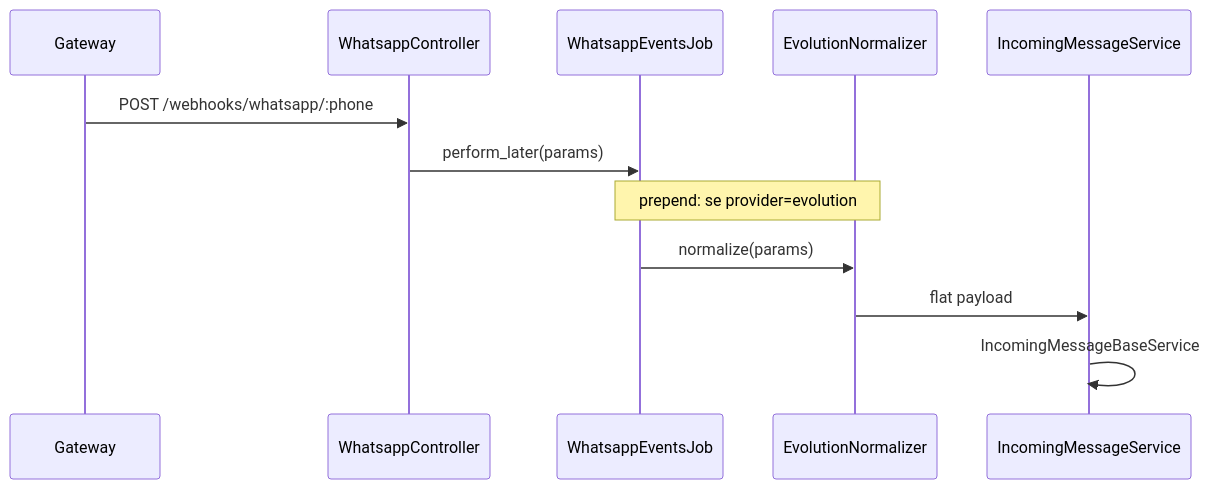
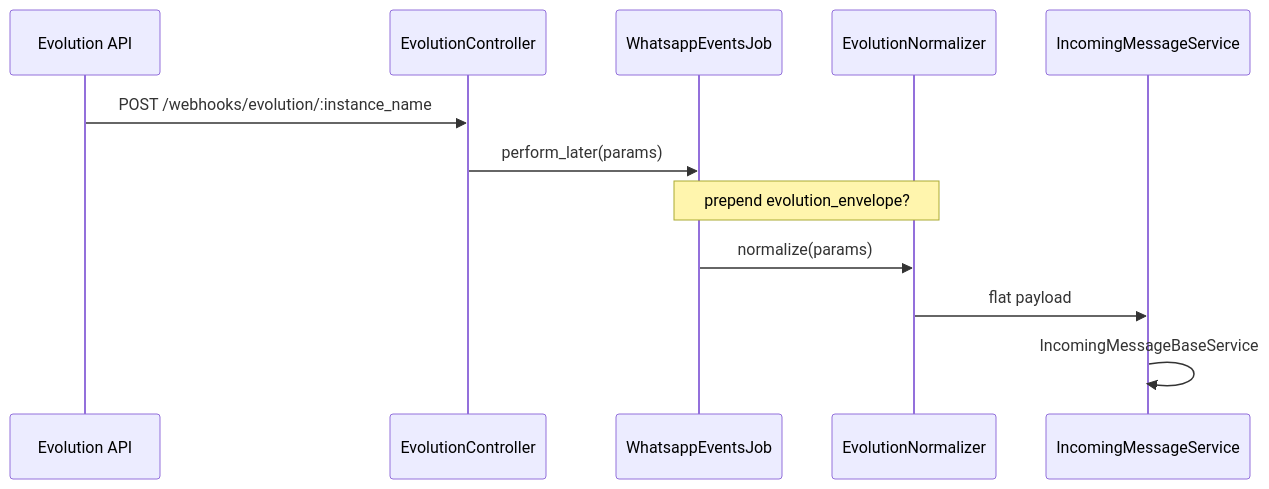
Before and after one commit to cesar-carlos/chatwoot: the second of 2 diagrams in doc/feature/whatsapp-provider/implementation-plan-second-whatsapp-provider.md, drawn with Mermaid. The commit also changed other lines of this file and 155 other files, not shown here.

First line of the commit message:
feat(fork): add Evolution API WhatsApp provider and integration hardening

````diff
--- a/doc/feature/whatsapp-provider/implementation-plan-second-whatsapp-provider.md
+++ b/doc/feature/whatsapp-provider/implementation-plan-second-whatsapp-provider.md
@@ -93,15 +99,15 @@
 ```mermaid
 sequenceDiagram
-  participant GW as Gateway
-  participant WH as WhatsappController
+  participant GW as Evolution API
+  participant WH as EvolutionController
   participant J as WhatsappEventsJob
   participant N as EvolutionNormalizer
   participant I as IncomingMessageService
 
-  GW->>WH: POST /webhooks/whatsapp/:phone
+  GW->>WH: POST /webhooks/evolution/:instance_name
   WH->>J: perform_later(params)
-  Note over J,N: prepend: se provider=evolution
+  Note over J,N: prepend evolution_envelope?
   J->>N: normalize(params)
   N->>I: flat payload
   I->>I: IncomingMessageBaseService
 ```
````
